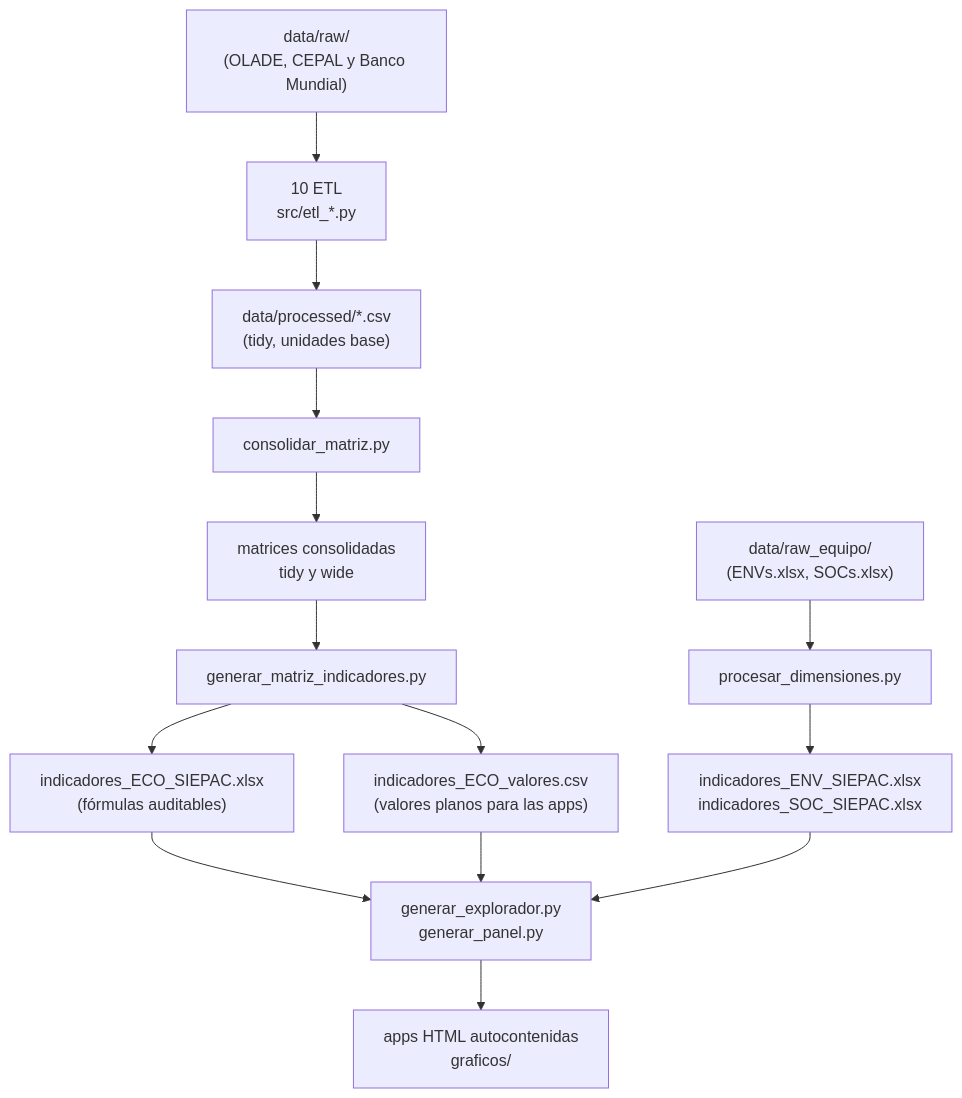
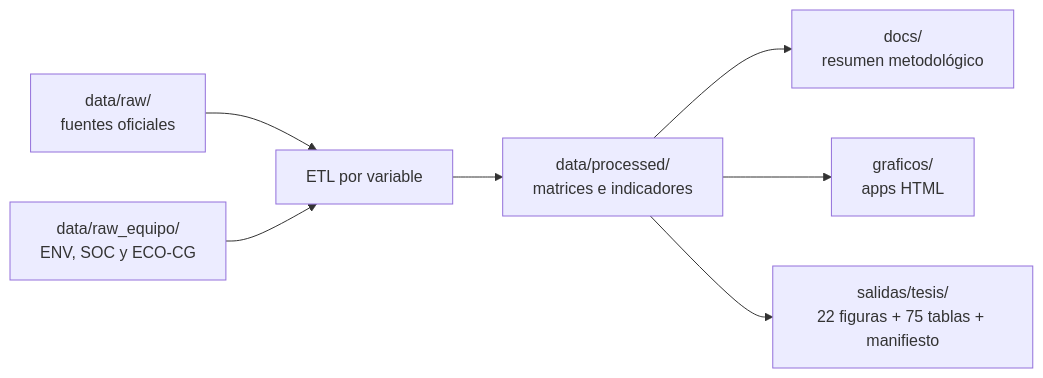
One commit to giovanni-serrano/siepac-analysis changed the diagram in README.md. Above: the diagram before and after it, drawn with Mermaid. The commit also changed other lines of this file and 103 other files, not shown here.

Commit message:
feat: consolidar salidas regionales y visualizador SIEPAC

````diff
--- a/README.md
+++ b/README.md
@@ -21,16 +68,9 @@
 ```mermaid
-flowchart TD
-    RAW["data/raw/<br>(OLADE, CEPAL y Banco Mundial)"] --> ETL["10 ETL<br>src/etl_*.py"]
-    ETL --> CSV["data/processed/*.csv<br>(tidy, unidades base)"]
-    CSV --> CONS["consolidar_matriz.py"]
-    CONS --> MAT["matrices consolidadas<br>tidy y wide"]
-    MAT --> IND["generar_matriz_indicadores.py"]
-    IND --> ECO["indicadores_ECO_SIEPAC.xlsx<br>(fórmulas auditables)"]
-    IND --> VAL["indicadores_ECO_valores.csv<br>(valores planos para las apps)"]
-    EQUIPO["data/raw_equipo/<br>(ENVs.xlsx, SOCs.xlsx)"] --> DIM["procesar_dimensiones.py"]
-    DIM --> ENVSOC["indicadores_ENV_SIEPAC.xlsx<br>indicadores_SOC_SIEPAC.xlsx"]
-    ECO --> VIZ["generar_explorador.py<br>generar_panel.py"]
-    VAL --> VIZ
-    ENVSOC --> VIZ
-    VIZ --> HTML["apps HTML autocontenidas<br>graficos/"]
+flowchart LR
+    RAW["data/raw/<br>fuentes oficiales"] --> ETL["ETL por variable"]
+    EQ["data/raw_equipo/<br>ENV, SOC y ECO-CG"] --> ETL
+    ETL --> PROC["data/processed/<br>matrices e indicadores"]
+    PROC --> DOC["docs/<br>resumen metodológico"]
+    PROC --> APPS["graficos/<br>apps HTML"]
+    PROC --> OUT["salidas/tesis/<br>22 figuras + 75 tablas + manifiesto"]
 ```
````
